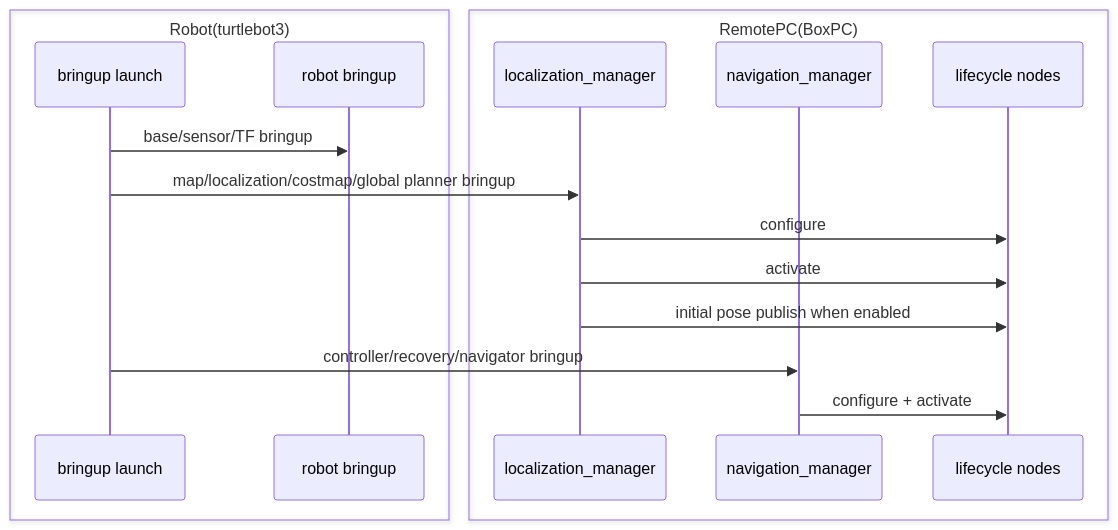
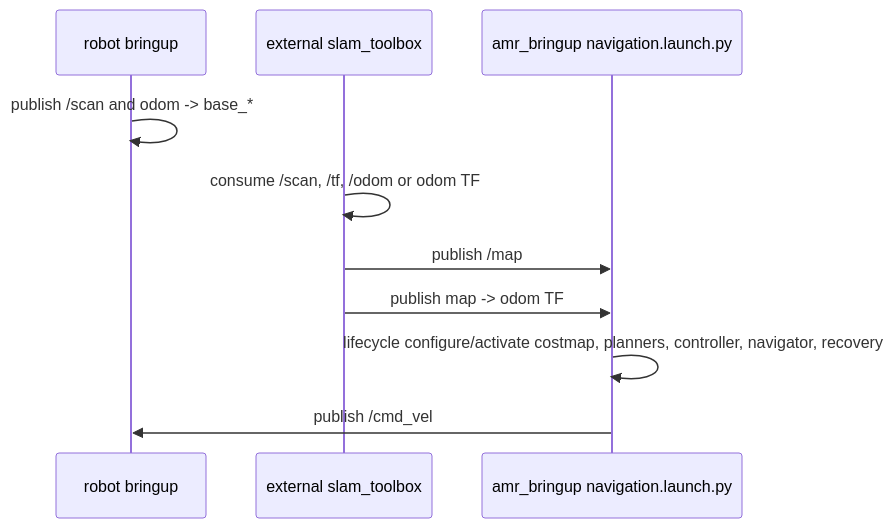
Before and after one commit to reidlo5135/ros-amr-navigation: the third of 4 diagrams in DIAGRAMS.md, drawn with Mermaid. The commit also changed other lines of this file and 65 other files, not shown here.

Commit message:
Refactor navigation stack for external slam_toolbox

````diff
--- a/DIAGRAMS.md
+++ b/DIAGRAMS.md
@@ -313,21 +74,13 @@
 ```mermaid
 sequenceDiagram
-    box Robot(turtlebot3)
-      participant Launch as bringup launch
-      participant Robot as robot bringup
-    end
+    participant Robot as robot bringup
+    participant Slam as external slam_toolbox
+    participant Nav as amr_bringup navigation.launch.py
 
-    box RemotePC(BoxPC)
-      participant LM1 as localization_manager
-      participant LM2 as navigation_manager
-      participant Core as lifecycle nodes
-    end
-
-    Launch->>Robot: base/sensor/TF bringup
-    Launch->>LM1: map/localization/costmap/global planner bringup
-    LM1->>Core: configure
-    LM1->>Core: activate
-    LM1->>Core: initial pose publish when enabled
-    Launch->>LM2: controller/recovery/navigator bringup
-    LM2->>Core: configure + activate
+    Robot->>Robot: publish /scan and odom -> base_*
+    Slam->>Slam: consume /scan, /tf, /odom or odom TF
+    Slam->>Nav: publish /map
+    Slam->>Nav: publish map -> odom TF
+    Nav->>Nav: lifecycle configure/activate costmap, planners, controller, navigator, recovery
+    Nav->>Robot: publish /cmd_vel
 ```
````
